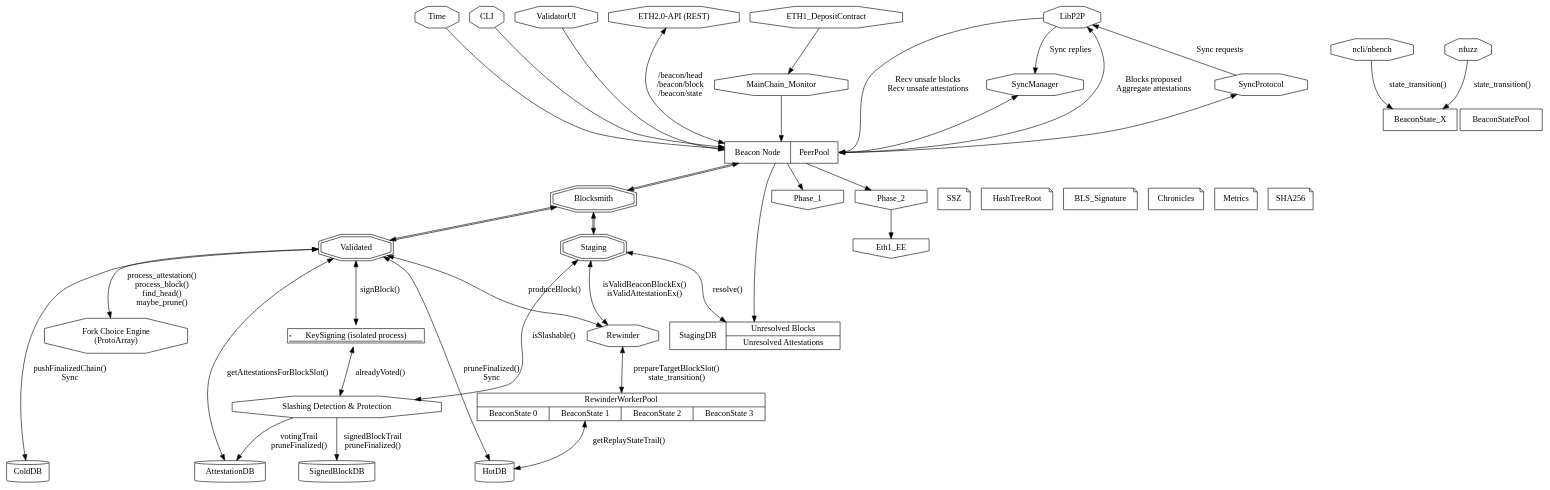
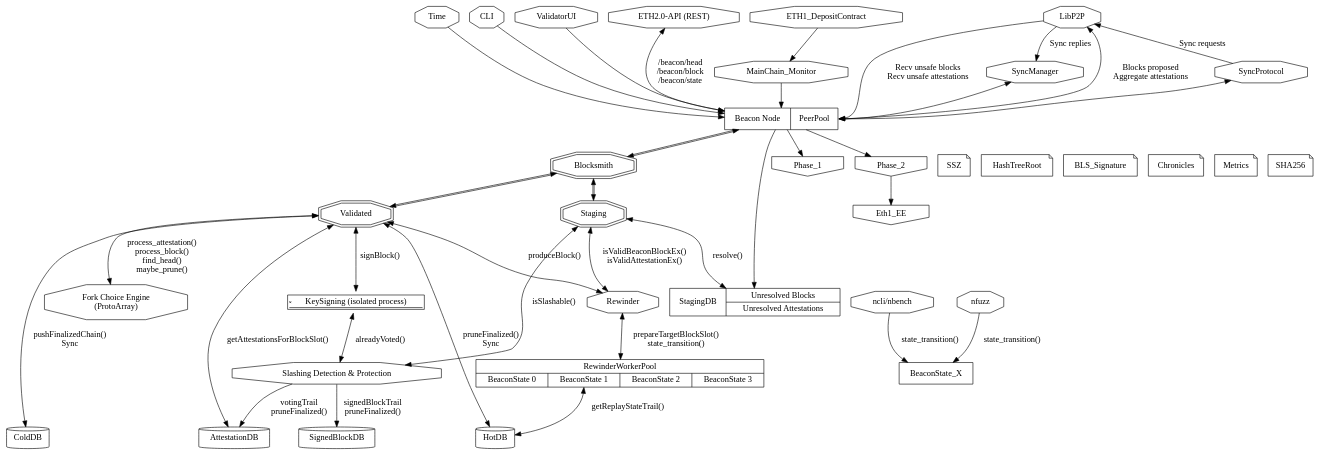
Before and after one commit to mratsim/blocksmith: the diagram in architecture_phase0.dot, drawn with Graphviz. The commit also changed 1 other file, not shown here.

```diff
--- a/architecture_phase0.dot
+++ b/architecture_phase0.dot
@@ -1,81 +1,81 @@
 digraph architecture{
   node [shape = signature]; KeySigning [label="KeySigning (isolated process)"];
   node [shape = octagon]; SyncManager SyncProtocol MainChain_Monitor Time CLI ValidatorUI Slashing LibP2P ETH2_API ncli nfuzz Rewinder ForkChoice;
   ETH2_API [label="ETH2.0-API (REST)"];
   Slashing [label="Slashing Detection & Protection"];
   ForkChoice [label="Fork Choice Engine\n(ProtoArray)"];
   {rank = source; ETH1_DepositContract LibP2P ETH2_API CLI Time ValidatorUI;}
 
   node [shape = record] BeaconNode;
   BeaconNode [label="<nbc>Beacon Node | <PeerPool>PeerPool"]
 
   ncli [label="ncli/nbench"];
   {rank = same; ncli; nfuzz;}
 
   node [shape = doubleoctagon]; Blocksmith Staging Validated;
   node [shape = invhouse]; Phase_1 Phase_2 Eth1_EE;
   node [shape = note] SSZ HashTreeRoot BLS_Signature Chronicles Metrics SHA256
   {rank = same; Blocksmith Phase_1 Phase_2 SSZ HashTreeRoot BLS_Signature Chronicles Metrics SHA256;}
 
   BeaconNode -> Phase_1
   BeaconNode -> Phase_2
   Phase_2 -> Eth1_EE
 
   node [shape = record]; StagingDB;
   StagingDB [label="StagingDB | {Unresolved Blocks | Unresolved Attestations}"];
 
   node [shape = record]; RewinderWorkerPool;
   node [shape = box]; BeaconState_X;
 
   RewinderWorkerPool [label="{RewinderWorkerPool | {<bs0>BeaconState 0|<bs1>BeaconState 1|<bs2>BeaconState 2|<bs3>BeaconState 3}}"];
-  {rank = same; BeaconStatePool BeaconState_X;}
+  {rank = same; RewinderWorkerPool BeaconState_X;}
 
   node [shape = cylinder]; AttestationDB HotDB ColdDB;
   {rank = sink; AttestationDB SignedBlockDB HotDB ColdDB;}
 
   {rank = same; MainChain_Monitor SyncManager SyncProtocol;}
   ETH1_DepositContract -> MainChain_Monitor
   MainChain_Monitor -> BeaconNode
 
   SyncManager -> BeaconNode:PeerPool [dir=both]
   SyncProtocol -> BeaconNode:PeerPool [dir=both]
 
   CLI -> BeaconNode
   ValidatorUI -> BeaconNode
   Time -> BeaconNode
   BeaconNode -> Blocksmith [dir=both color="black:black"]
   BeaconNode -> StagingDB
   Blocksmith -> Staging [dir=both color="black:black"]
   Blocksmith -> Validated [dir=both color="black:black"]
   Staging -> StagingDB [dir=both label="resolve()"]
 
   ncli -> BeaconState_X [label="state_transition()"]
   nfuzz -> BeaconState_X [label="state_transition()"]
 
   SyncProtocol -> LibP2P [label="Sync requests"]
   LibP2P -> SyncManager [label="Sync replies"]
 
   LibP2P -> BeaconNode:PeerPool [label="Recv unsafe blocks\nRecv unsafe attestations"]
   BeaconNode:PeerPool -> LibP2P [label="Blocks proposed\nAggregate attestations"]
   ETH2_API -> BeaconNode [dir="both", label="/beacon/head\n/beacon/block\n/beacon/state"]
 
   Validated -> ForkChoice [dir="both", label="process_attestation()\nprocess_block()\nfind_head()\nmaybe_prune()"]
 
   Staging -> Slashing [dir="both", label="isSlashable()"]
   Validated -> KeySigning [dir="both", label="signBlock()"]
   KeySigning -> Slashing [dir="both", label="alreadyVoted()"]
   Slashing -> AttestationDB [label="votingTrail\npruneFinalized()"]
   Slashing -> SignedBlockDB [label="signedBlockTrail\npruneFinalized()"]
   Validated -> AttestationDB [dir="both", label="getAttestationsForBlockSlot()"]
 
   Validated -> HotDB [dir="both", label="pruneFinalized()\nSync"]
 
   Rewinder -> RewinderWorkerPool [dir="both", label="prepareTargetBlockSlot()\nstate_transition()"]
   RewinderWorkerPool:bs1 -> HotDB [dir="both", label="getReplayStateTrail()"]
 
   Staging -> Rewinder [dir="both", label="isValidBeaconBlockEx()\nisValidAttestationEx()"]
   Validated -> Rewinder [dir="both", label="produceBlock()"]
 
 
   Validated -> ColdDB [dir="both", label="pushFinalizedChain()\nSync"]
 }
```
